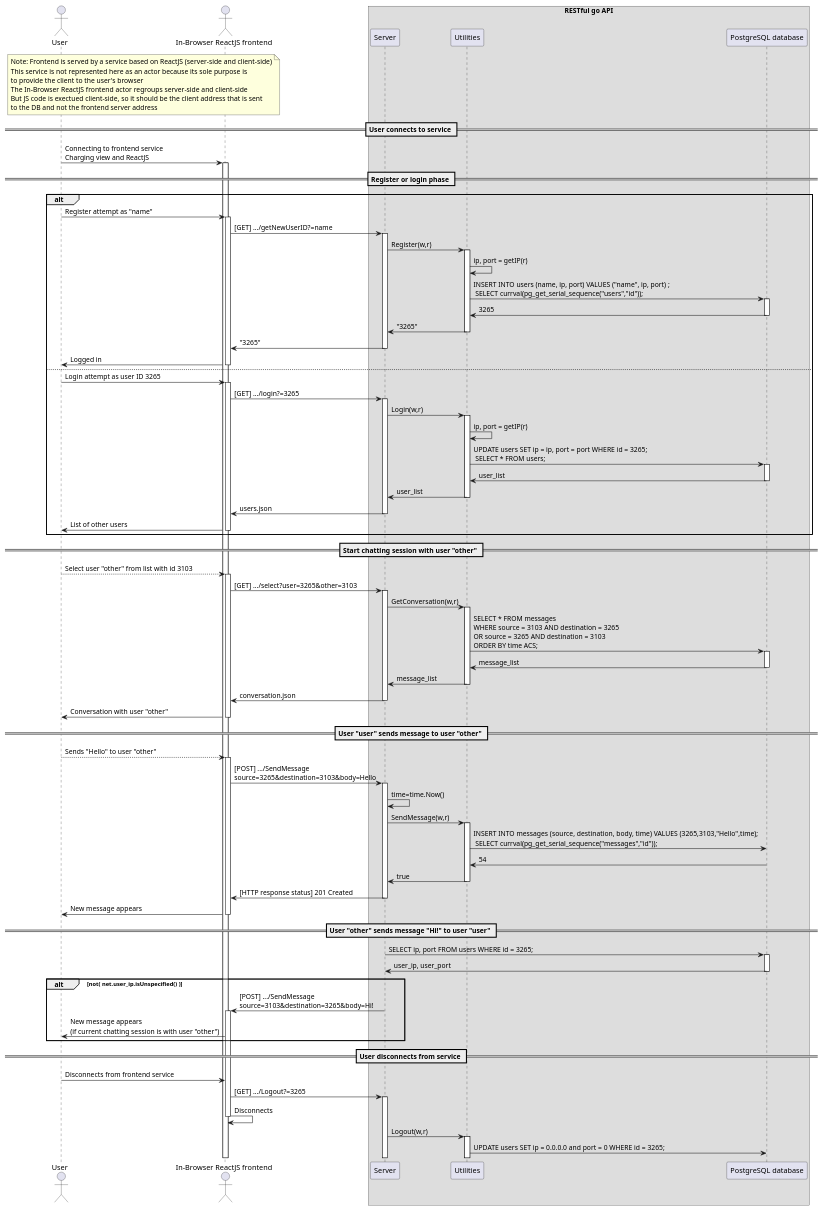
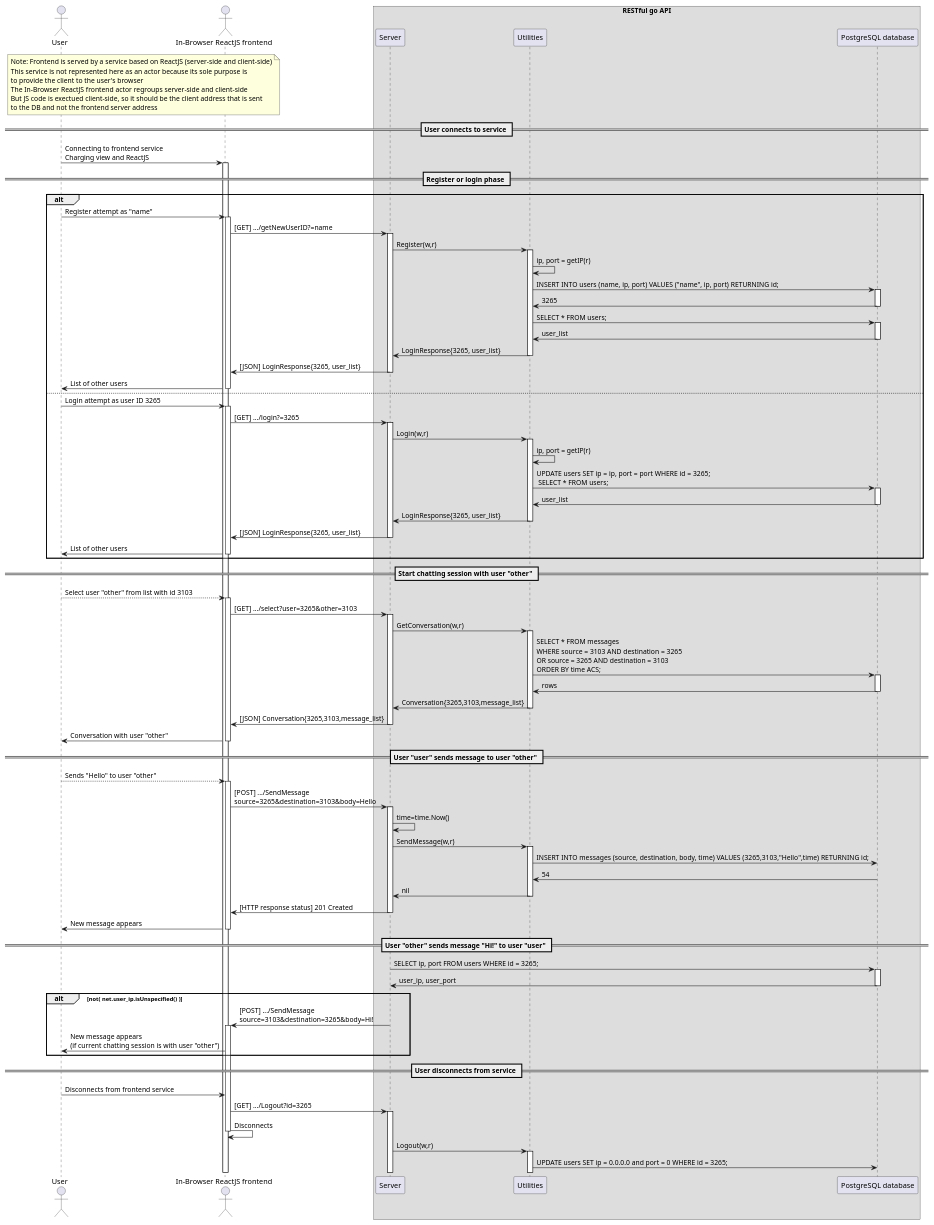
Before and after one commit to scanim-valentin/training-restful-go: the diagram in exercice_2/plantuml/sequence_white_box.wsd, drawn with PlantUML. The commit also changed 1 other file, not shown here.

Commit message:
e2: Updated sequence white box diagram

```diff
--- a/exercice_2/plantuml/sequence_white_box.wsd
+++ b/exercice_2/plantuml/sequence_white_box.wsd
@@ -1,75 +1,77 @@
 @startuml  sequence_white_box 
 actor User
 
 actor "In-Browser ReactJS frontend" as front
 box "RESTful go API"
   participant  "Server" as server
   participant "Utilities" as utils
   participant "PostgreSQL database" as db
 
 end box
 
 note over User, front : Note: Frontend is served by a service based on ReactJS (server-side and client-side)\nThis service is not represented here as an actor because its sole purpose is\nto provide the client to the user's browser\nThe In-Browser ReactJS frontend actor regroups server-side and client-side\nBut JS code is exectued client-side, so it should be the client address that is sent\nto the DB and not the frontend server address
 == User connects to service ==
 User -> front ++ : Connecting to frontend service\nCharging view and ReactJS
   
 == Register or login phase ==
   alt
   User -> front++ : Register attempt as "name"
     front -> server++ : [GET] .../getNewUserID?=name
         server -> utils ++ : Register(w,r)
             utils -> utils : ip, port = getIP(r)
-            utils -> db ++  : INSERT INTO users (name, ip, port) VALUES ("name", ip, port) ;\n SELECT currval(pg_get_serial_sequence("users","id"));
+            utils -> db ++  : INSERT INTO users (name, ip, port) VALUES ("name", ip, port) RETURNING id;
             db -> utils -- : 3265
-        utils -> server -- : "3265"
-    server -> front -- : "3265"
-  front -> User -- : Logged in
+            utils -> db ++  : SELECT * FROM users;
+            db -> utils -- : user_list
+        utils -> server -- : LoginResponse{3265, user_list}
+    server -> front -- : [JSON] LoginResponse{3265, user_list}
+  front -> User -- : List of other users
   else
   User -> front++ : Login attempt as user ID 3265
     front -> server++ : [GET] .../login?=3265
         server -> utils ++ : Login(w,r)
             utils -> utils : ip, port = getIP(r)
             utils -> db ++  : UPDATE users SET ip = ip, port = port WHERE id = 3265;\n SELECT * FROM users;
             db -> utils -- : user_list
-        utils -> server -- : user_list
-    server -> front -- : users.json
+        utils -> server -- : LoginResponse{3265, user_list}
+    server -> front -- : [JSON] LoginResponse{3265, user_list}
   front -> User -- : List of other users
   end
 
 == Start chatting session with user "other" == 
   User --> front ++ : Select user "other" from list with id 3103
     front -> server++ : [GET] .../select?user=3265&other=3103
         server -> utils ++ : GetConversation(w,r)
             utils -> db ++  : SELECT * FROM messages\nWHERE source = 3103 AND destination = 3265\nOR source = 3265 AND destination = 3103\nORDER BY time ACS;
-            db -> utils -- : message_list
-        utils -> server -- : message_list
-    server -> front -- : conversation.json
+            db -> utils -- : rows
+        utils -> server -- : Conversation{3265,3103,message_list}
+    server -> front -- : [JSON] Conversation{3265,3103,message_list}
   front -> User -- : Conversation with user "other"
 
 == User "user" sends message to user "other" == 
   User --> front ++ : Sends "Hello" to user "other"
     front -> server++ : [POST] .../SendMessage\nsource=3265&destination=3103&body=Hello
         server -> server : time=time.Now()
         server -> utils ++ : SendMessage(w,r)
-            utils -> db  : INSERT INTO messages (source, destination, body, time) VALUES (3265,3103,"Hello",time);\n SELECT currval(pg_get_serial_sequence("messages","id"));
+            utils -> db  : INSERT INTO messages (source, destination, body, time) VALUES (3265,3103,"Hello",time) RETURNING id;
             db -> utils -- : 54
-        utils -> server -- : true
+        utils -> server -- : nil
     server -> front -- : [HTTP response status] 201 Created
   front -> User -- : New message appears
 
 == User "other" sends message "Hi!" to user "user" ==
         server -> db ++ : SELECT ip, port FROM users WHERE id = 3265;
         db -> server -- : user_ip, user_port
         alt not( net.user_ip.isUnspecified() )
         server -> front ++ : [POST] .../SendMessage\nsource=3103&destination=3265&body=Hi!
       front -> User : New message appears\n(if current chatting session is with user "other") 
         end
 
 == User disconnects from service ==  
 User -> front : Disconnects from frontend service
-front -> server++ : [GET] .../Logout?=3265
+front -> server++ : [GET] .../Logout?id=3265
     front -> front -- : Disconnects
     server -> utils ++ : Logout(w,r)
         utils -> db  : UPDATE users SET ip = 0.0.0.0 and port = 0 WHERE id = 3265;
 
 @enduml
```
